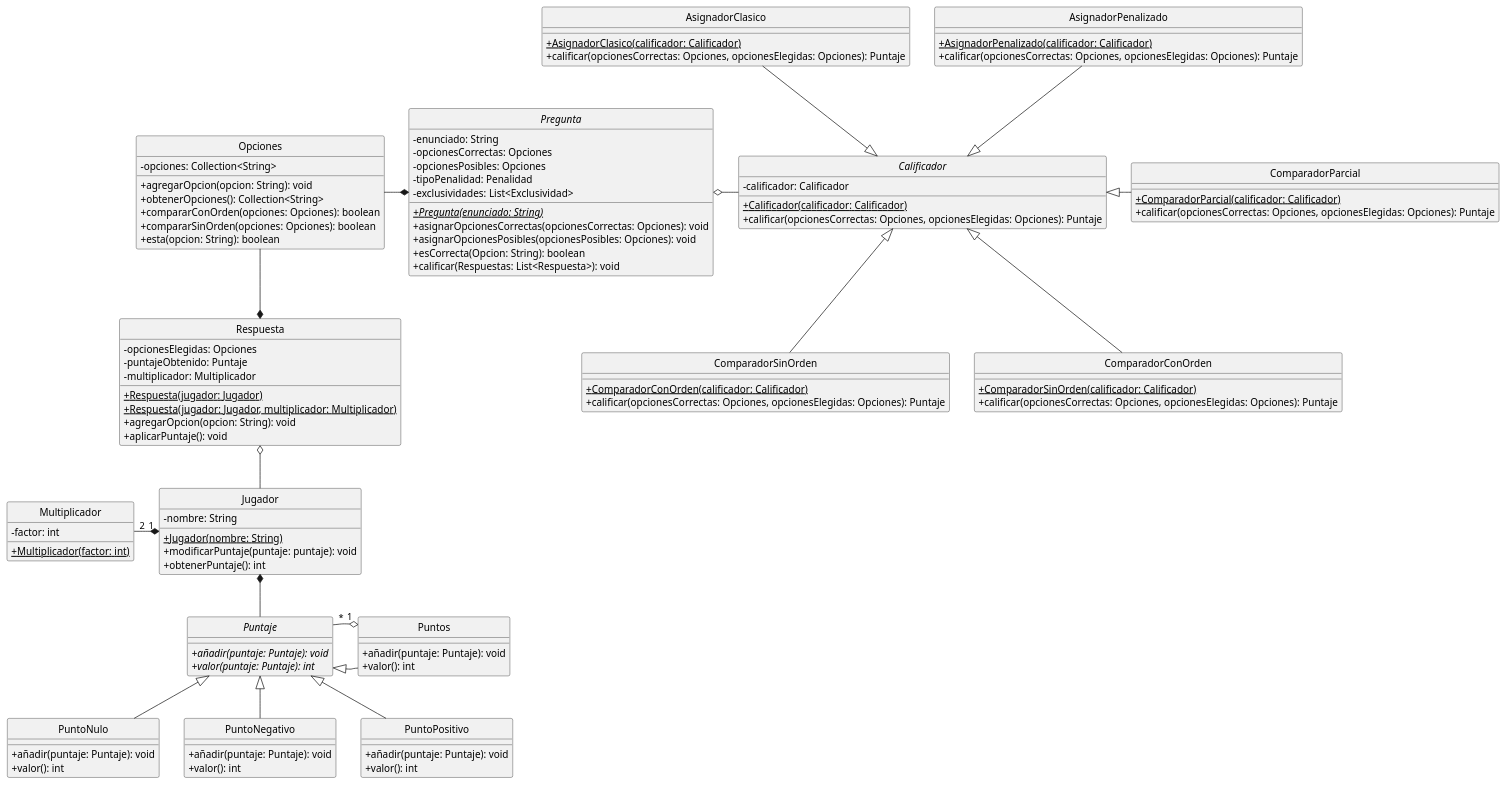
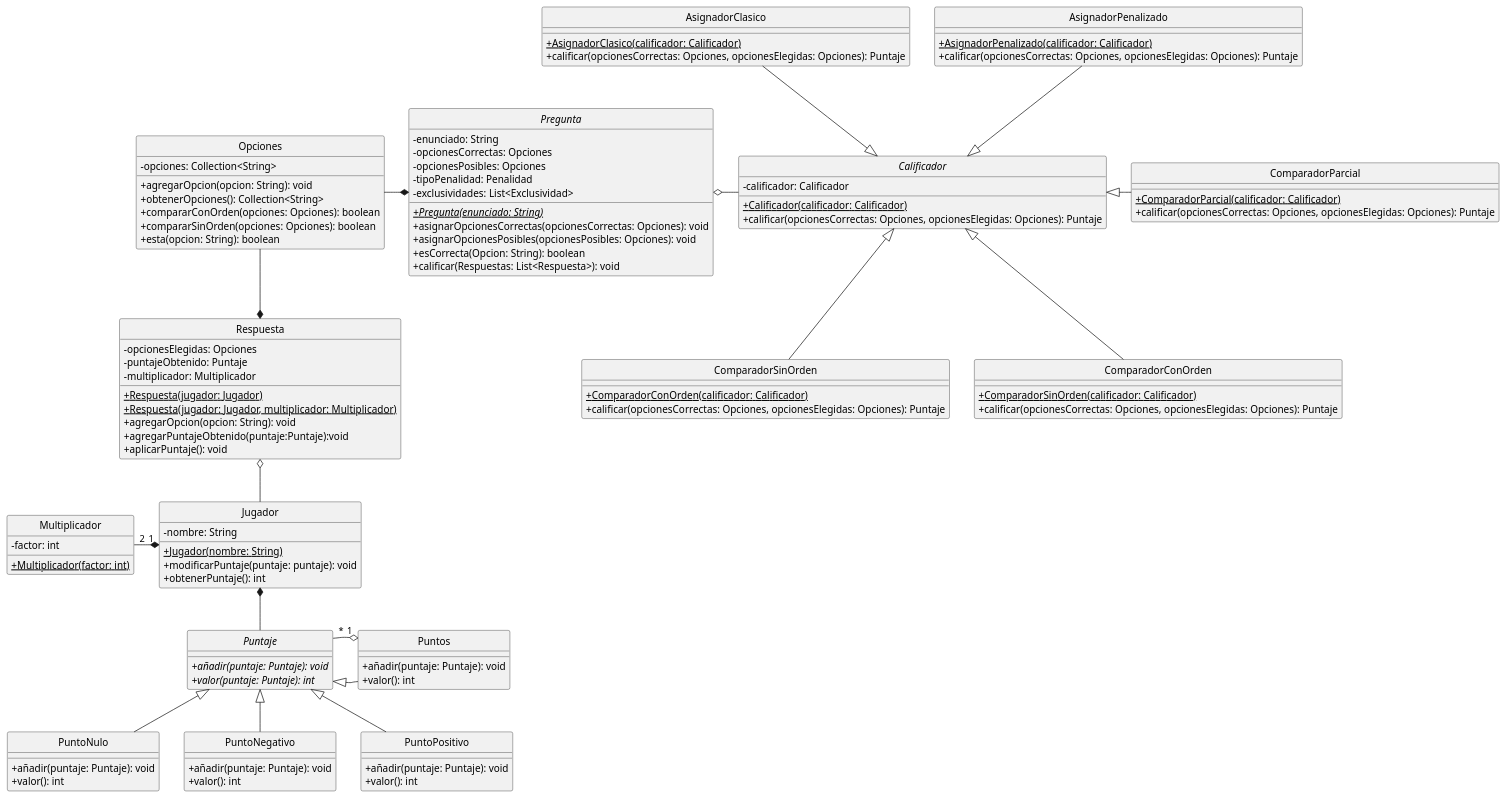
The diagram in src/main/java/edu/fiuba/algo3/modelo/diagramas/ModeloPosibleRefactorizacion.puml (AmayaSantos/TP2-1), drawn with PlantUML before and after one commit. The commit also changed 2 other files, not shown here.

```diff
--- a/src/main/java/edu/fiuba/algo3/modelo/diagramas/ModeloPosibleRefactorizacion.puml
+++ b/src/main/java/edu/fiuba/algo3/modelo/diagramas/ModeloPosibleRefactorizacion.puml
@@ -1,127 +1,128 @@
 @startuml
 hide circle
 skinparam classAttributeIconSize 0
 
 'Clases
 Class Opciones{
     -opciones: Collection<String>
     +agregarOpcion(opcion: String): void
     +obtenerOpciones(): Collection<String>
     +compararConOrden(opciones: Opciones): boolean
     +compararSinOrden(opciones: Opciones): boolean
     +esta(opcion: String): boolean
 }
 
 Abstract Class Pregunta{
     -enunciado: String
     -opcionesCorrectas: Opciones
     -opcionesPosibles: Opciones
     -tipoPenalidad: Penalidad
     -exclusividades: List<Exclusividad>
     +{abstract}{static}Pregunta(enunciado: String)
     +asignarOpcionesCorrectas(opcionesCorrectas: Opciones): void
     +asignarOpcionesPosibles(opcionesPosibles: Opciones): void
     +esCorrecta(Opcion: String): boolean
     +calificar(Respuestas: List<Respuesta>): void
 }
 
 Class Respuesta{
     -opcionesElegidas: Opciones
     -puntajeObtenido: Puntaje
     -multiplicador: Multiplicador
     +{static}Respuesta(jugador: Jugador)
     +{static}Respuesta(jugador: Jugador, multiplicador: Multiplicador)
     +agregarOpcion(opcion: String): void
+    +agregarPuntajeObtenido(puntaje:Puntaje):void
     +aplicarPuntaje(): void
 }
 
 Class Jugador{
     -nombre: String
     +{Static}Jugador(nombre: String)
     +modificarPuntaje(puntaje: puntaje): void
     +obtenerPuntaje(): int
 }
 
 Abstract Class Puntaje{
     +{abstract}añadir(puntaje: Puntaje): void
     +{abstract}valor(puntaje: Puntaje): int
 }
 
 Class Puntos{
     +añadir(puntaje: Puntaje): void
     +valor(): int
 }
 
 Class PuntoNulo{
     +añadir(puntaje: Puntaje): void
     +valor(): int
 }
 
 Class PuntoNegativo{
     +añadir(puntaje: Puntaje): void
     +valor(): int
 }
 
 Class PuntoPositivo{
     +añadir(puntaje: Puntaje): void
     +valor(): int
 }
 
 Abstract Calificador{
     -calificador: Calificador
     +{static}Calificador(calificador: Calificador)
     +calificar(opcionesCorrectas: Opciones, opcionesElegidas: Opciones): Puntaje
 }
 
 Class ComparadorSinOrden{
     +{static}ComparadorConOrden(calificador: Calificador)
     +calificar(opcionesCorrectas: Opciones, opcionesElegidas: Opciones): Puntaje
 }
 
 Class ComparadorConOrden{
     +{static}ComparadorSinOrden(calificador: Calificador)
     +calificar(opcionesCorrectas: Opciones, opcionesElegidas: Opciones): Puntaje
 }
 
 Class ComparadorParcial{
     +{static}ComparadorParcial(calificador: Calificador)
     +calificar(opcionesCorrectas: Opciones, opcionesElegidas: Opciones): Puntaje
 }
 
 Class AsignadorClasico{
     +{static}AsignadorClasico(calificador: Calificador)
     +calificar(opcionesCorrectas: Opciones, opcionesElegidas: Opciones): Puntaje
 }
 
 Class AsignadorPenalizado{
     +{static}AsignadorPenalizado(calificador: Calificador)
     +calificar(opcionesCorrectas: Opciones, opcionesElegidas: Opciones): Puntaje
 }
 
 Class Multiplicador{
     -factor: int
     +{static}Multiplicador(factor: int)
 }
 
 'Relaciones
 Respuesta o-- Jugador
 Pregunta *-left- Opciones
 Respuesta *-up- Opciones
 
 PuntoNegativo -up-|> Puntaje
 PuntoNulo -up-|> Puntaje
 PuntoPositivo -up-|> Puntaje
 Puntos -left-|> Puntaje
 Puntos "1" o-left- "*" Puntaje
 Jugador *-- Puntaje
 
 Pregunta o-right- Calificador
 ComparadorConOrden -up-|> Calificador
 ComparadorSinOrden -up-|> Calificador
 ComparadorParcial -left-|> Calificador
 AsignadorClasico --|> Calificador
 AsignadorPenalizado --|> Calificador
 
 Jugador "1" *-left- "2" Multiplicador
 
 @enduml
```
